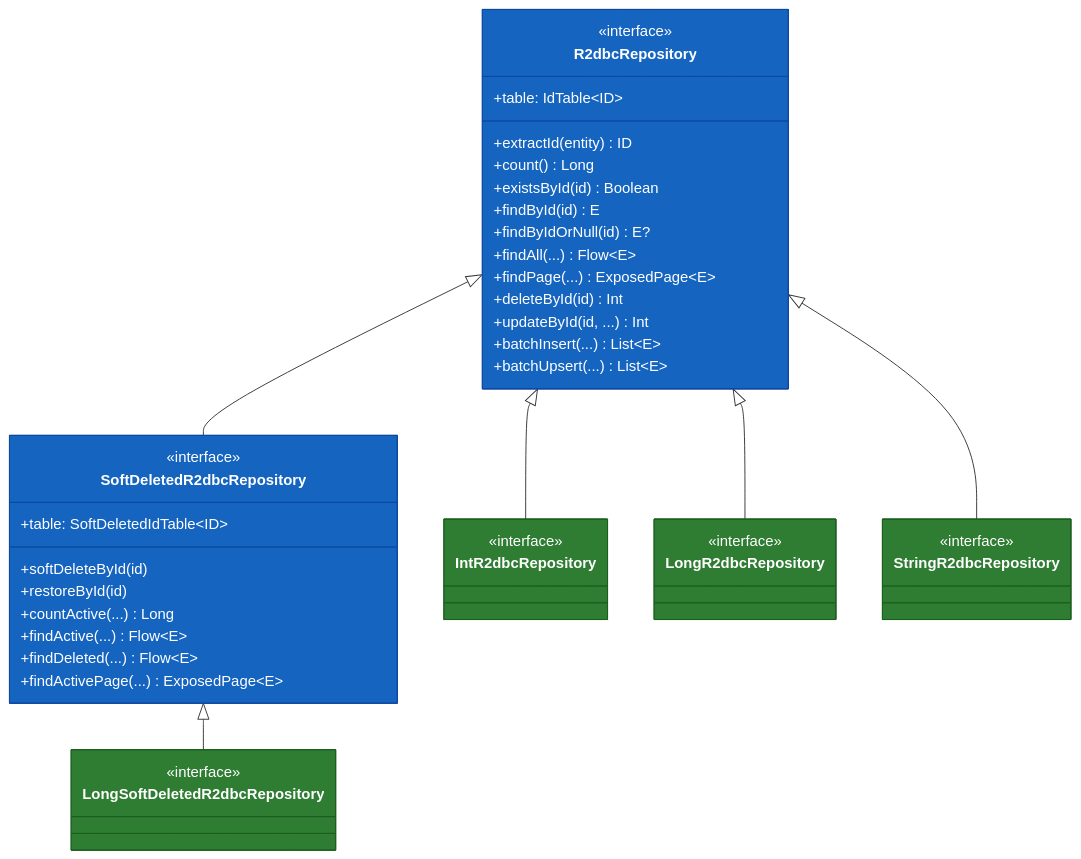
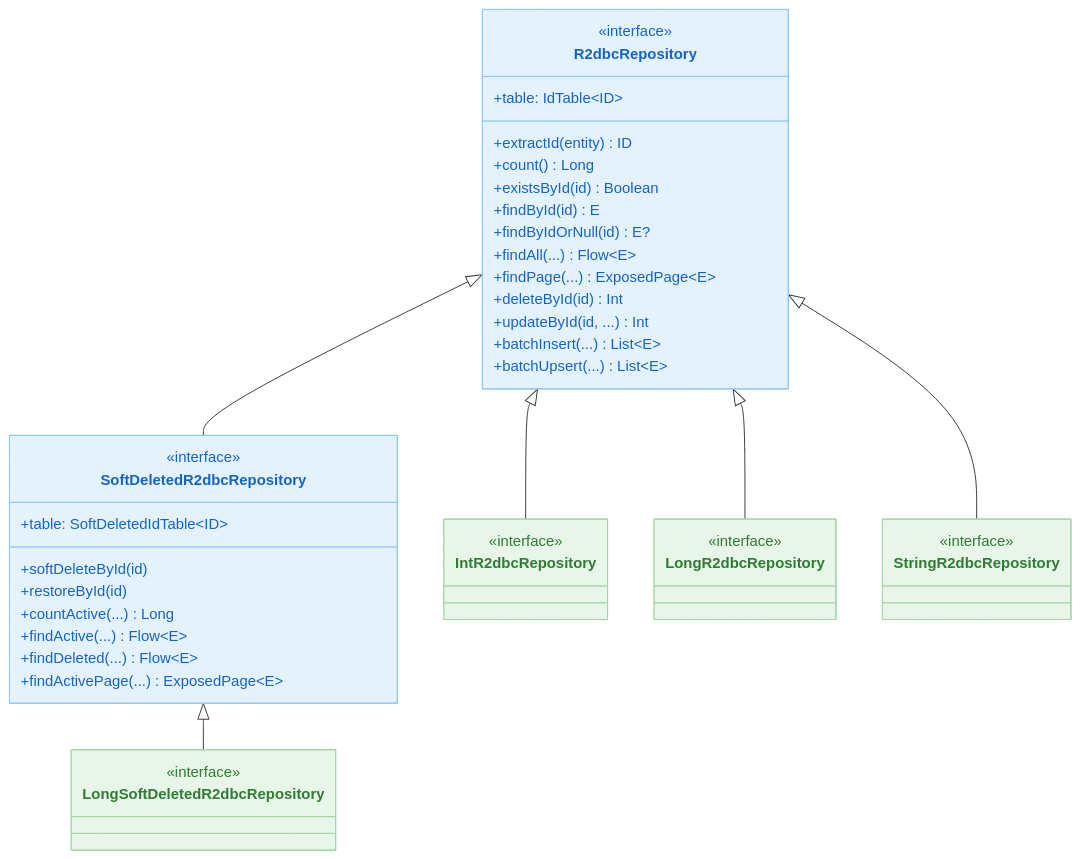
The second of 4 diagrams in data/exposed-r2dbc/README.md (bluetape4k/bluetape4k-projects), drawn with Mermaid before and after one commit. The commit also changed other lines of this file and 219 other files, not shown here.

First line of the commit message:
docs: 전체 README Mermaid 다이어그램 가이드 적용

````diff
--- a/data/exposed-r2dbc/README.md
+++ b/data/exposed-r2dbc/README.md
@@ -232,53 +232,53 @@
 ```mermaid
 classDiagram
     class R2dbcRepository {
         <<interface>>
         +table: IdTable~ID~
         +extractId(entity) ID
         +count() Long
         +existsById(id) Boolean
         +findById(id) E
         +findByIdOrNull(id) E?
         +findAll(...) Flow~E~
         +findPage(...) ExposedPage~E~
         +deleteById(id) Int
         +updateById(id, ...) Int
         +batchInsert(...) List~E~
         +batchUpsert(...) List~E~
     }
     class SoftDeletedR2dbcRepository {
         <<interface>>
         +table: SoftDeletedIdTable~ID~
         +softDeleteById(id)
         +restoreById(id)
         +countActive(...) Long
         +findActive(...) Flow~E~
         +findDeleted(...) Flow~E~
         +findActivePage(...) ExposedPage~E~
     }
     class IntR2dbcRepository {
         <<interface>>
     }
     class LongR2dbcRepository {
         <<interface>>
     }
     class StringR2dbcRepository {
         <<interface>>
     }
     class LongSoftDeletedR2dbcRepository {
         <<interface>>
     }
 
     R2dbcRepository <|-- SoftDeletedR2dbcRepository
     R2dbcRepository <|-- IntR2dbcRepository
     R2dbcRepository <|-- LongR2dbcRepository
     R2dbcRepository <|-- StringR2dbcRepository
     SoftDeletedR2dbcRepository <|-- LongSoftDeletedR2dbcRepository
 
-    style R2dbcRepository fill:#1565C0,stroke:#0D47A1,color:#FFFFFF
-    style SoftDeletedR2dbcRepository fill:#1565C0,stroke:#0D47A1,color:#FFFFFF
-    style IntR2dbcRepository fill:#2E7D32,stroke:#1B5E20,color:#FFFFFF
-    style LongR2dbcRepository fill:#2E7D32,stroke:#1B5E20,color:#FFFFFF
-    style StringR2dbcRepository fill:#2E7D32,stroke:#1B5E20,color:#FFFFFF
-    style LongSoftDeletedR2dbcRepository fill:#2E7D32,stroke:#1B5E20,color:#FFFFFF
+    style R2dbcRepository fill:#E3F2FD,stroke:#90CAF9,color:#1565C0
+    style SoftDeletedR2dbcRepository fill:#E3F2FD,stroke:#90CAF9,color:#1565C0
+    style IntR2dbcRepository fill:#E8F5E9,stroke:#A5D6A7,color:#2E7D32
+    style LongR2dbcRepository fill:#E8F5E9,stroke:#A5D6A7,color:#2E7D32
+    style StringR2dbcRepository fill:#E8F5E9,stroke:#A5D6A7,color:#2E7D32
+    style LongSoftDeletedR2dbcRepository fill:#E8F5E9,stroke:#A5D6A7,color:#2E7D32
 ```
````
